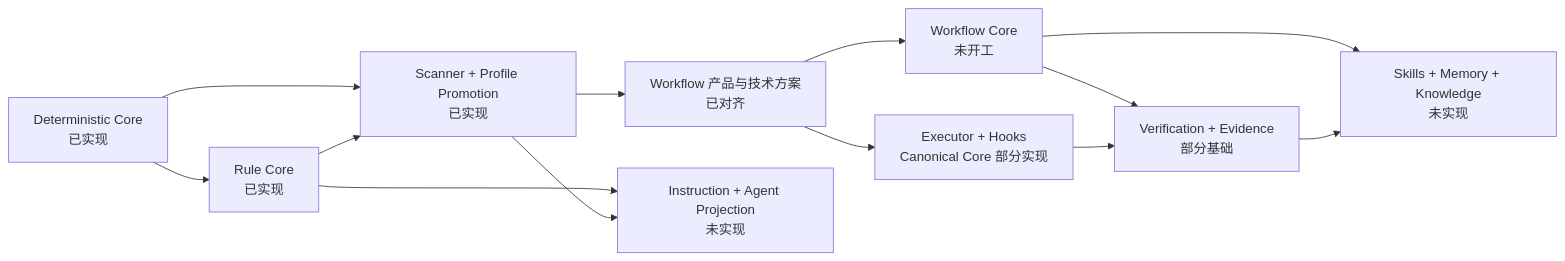
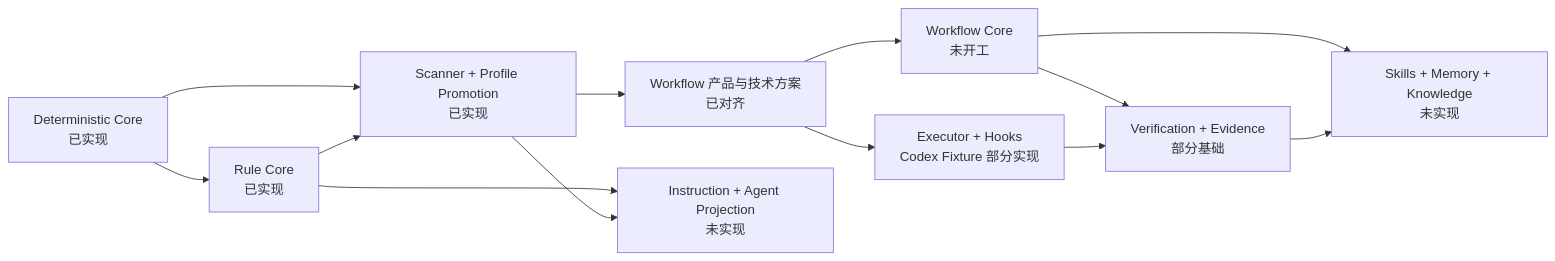
The diagram in packages/liushi-harness/docs/20-implementation-status-matrix.md (MarchRory/liushi-aweasome-agentic-engineering), drawn with Mermaid before and after one commit. The commit also changed other lines of this file and 82 other files, not shown here.

````diff
--- a/packages/liushi-harness/docs/20-implementation-status-matrix.md
+++ b/packages/liushi-harness/docs/20-implementation-status-matrix.md
@@ -67,25 +68,25 @@
 ```mermaid
 flowchart LR
   core["Deterministic Core<br/>已实现"]
   rules["Rule Core<br/>已实现"]
   profile["Scanner + Profile Promotion<br/>已实现"]
   decision["Workflow 产品与技术方案<br/>已对齐"]
   workflow["Workflow Core<br/>未开工"]
-  executor["Executor + Hooks<br/>Canonical Core 部分实现"]
+  executor["Executor + Hooks<br/>Codex Fixture 部分实现"]
   verify["Verification + Evidence<br/>部分基础"]
   projection["Instruction + Agent Projection<br/>未实现"]
   knowledge["Skills + Memory + Knowledge<br/>未实现"]
 
   core --> rules
   core --> profile
   rules --> profile
   profile --> decision
   decision --> workflow
   decision --> executor
   workflow --> verify
   executor --> verify
   rules --> projection
   profile --> projection
   workflow --> knowledge
   verify --> knowledge
 ```
````
